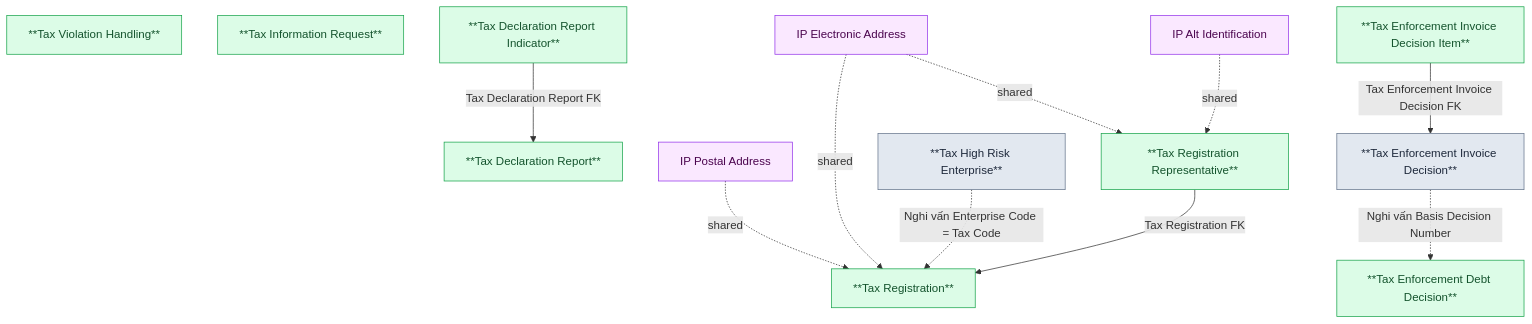
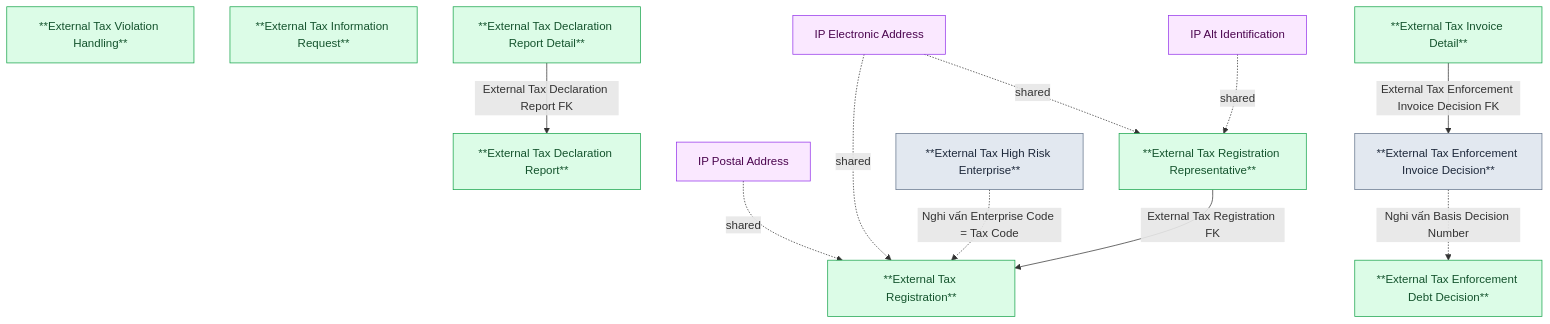
The diagram in DataModel/working/Atomic/hld/KNT_HLD_Overview.md (linhlvit/ubck_atomic_design), drawn with Mermaid before and after one commit. The commit also changed other lines of this file and 98 other files, not shown here.

````diff
--- a/DataModel/working/Atomic/hld/KNT_HLD_Overview.md
+++ b/DataModel/working/Atomic/hld/KNT_HLD_Overview.md
@@ -32,37 +34,37 @@
 ```mermaid
 graph TD
     classDef atomic fill:#dcfce7,stroke:#16a34a,color:#14532d
     classDef shared fill:#fae8ff,stroke:#9333ea,color:#4a044e
     classDef pattern fill:#e2e8f0,stroke:#64748b,color:#1e293b
 
     %% Tier 1
-    TAXREG["**Tax Registration**"]:::atomic
-    TAXDECL["**Tax Declaration Report**"]:::atomic
-    TAXENFDEBT["**Tax Enforcement Debt Decision**"]:::atomic
-    TAXENFINV["**Tax Enforcement Invoice Decision**"]:::pattern
-    TAXVIO["**Tax Violation Handling**"]:::atomic
-    TAXINFOREQ["**Tax Information Request**"]:::atomic
-    TAXHIGHRISK["**Tax High Risk Enterprise**"]:::pattern
+    TAXREG["**External Tax Registration**"]:::atomic
+    TAXDECL["**External Tax Declaration Report**"]:::atomic
+    TAXENFDEBT["**External Tax Enforcement Debt Decision**"]:::atomic
+    TAXENFINV["**External Tax Enforcement Invoice Decision**"]:::pattern
+    TAXVIO["**External Tax Violation Handling**"]:::atomic
+    TAXINFOREQ["**External Tax Information Request**"]:::atomic
+    TAXHIGHRISK["**External Tax High Risk Enterprise**"]:::pattern
     %% Shared
     ADDR["IP Postal Address"]:::shared
     EADDR["IP Electronic Address"]:::shared
     ALTID["IP Alt Identification"]:::shared
 
     %% Tier 2
-    TAXREGREP["**Tax Registration Representative**"]:::atomic
-    TAXDECLIND["**Tax Declaration Report Indicator**"]:::atomic
-    TAXENFINVITEM["**Tax Enforcement Invoice Decision Item**"]:::atomic
+    TAXREGREP["**External Tax Registration Representative**"]:::atomic
+    TAXDECLIND["**External Tax Declaration Report Detail**"]:::atomic
+    TAXENFINVITEM["**External Tax Invoice Detail**"]:::atomic
 
     %% Tier 1
     ADDR -.->|shared| TAXREG
     EADDR -.->|shared| TAXREG
     TAXENFINV -.->|Nghi vấn Basis Decision Number| TAXENFDEBT
     TAXHIGHRISK -.->|Nghi vấn Enterprise Code = Tax Code| TAXREG
 
     %% Tier 2
-    TAXREGREP -->|Tax Registration FK| TAXREG
+    TAXREGREP -->|External Tax Registration FK| TAXREG
     EADDR -.->|shared| TAXREGREP
     ALTID -.->|shared| TAXREGREP
-    TAXDECLIND -->|Tax Declaration Report FK| TAXDECL
-    TAXENFINVITEM -->|Tax Enforcement Invoice Decision FK| TAXENFINV
+    TAXDECLIND -->|External Tax Declaration Report FK| TAXDECL
+    TAXENFINVITEM -->|External Tax Enforcement Invoice Decision FK| TAXENFINV
 ```
````
